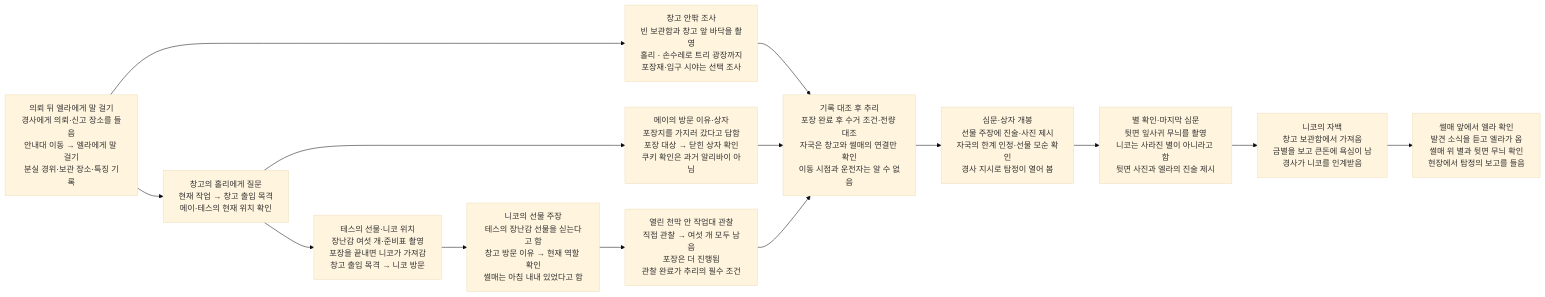
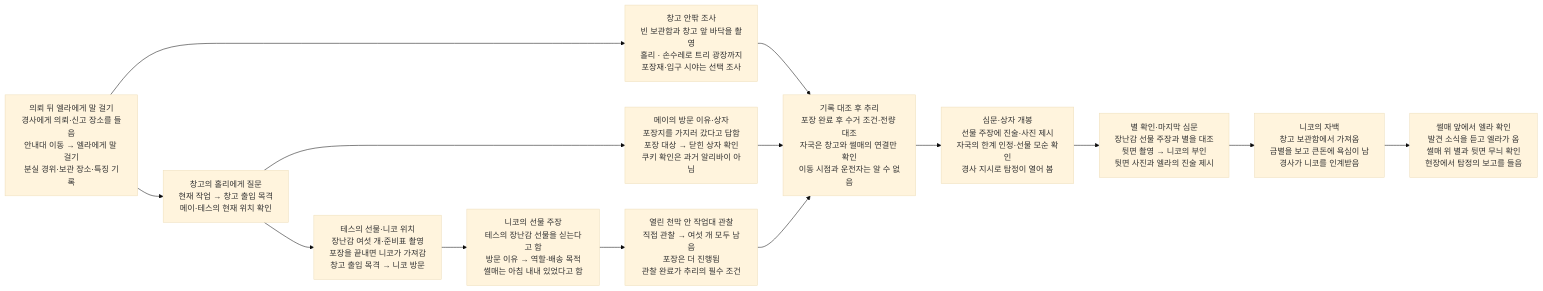
One commit to wonny95/detective-v2 changed the second of 2 diagrams in design/case-10-christmas-star.md. Above: the diagram before and after it, drawn with Mermaid (base theme). The commit also changed other lines of this file and 4 other files, not shown here.

````diff
--- a/design/case-10-christmas-star.md
+++ b/design/case-10-christmas-star.md
@@ -49,28 +49,28 @@
 ```mermaid
 flowchart LR
     s1["의뢰 뒤 엘라에게 말 걸기<br/>경사에게 의뢰·신고 장소를 들음<br/>안내대 이동 → 엘라에게 말 걸기<br/>분실 경위·보관 장소·특징 기록"]
     s2["창고의 홀리에게 질문<br/>현재 작업 → 창고 출입 목격<br/>메이·테스의 현재 위치 확인"]
     s3["창고 안팎 조사<br/>빈 보관함과 창고 앞 바닥을 촬영<br/>홀리 · 손수레로 트리 광장까지<br/>포장재·입구 시야는 선택 조사"]
     s4["메이의 방문 이유·상자<br/>포장지를 가지러 갔다고 답함<br/>포장 대상 → 닫힌 상자 확인<br/>쿠키 확인은 과거 알리바이 아님"]
     s5["테스의 선물·니코 위치<br/>장난감 여섯 개·준비표 촬영<br/>포장을 끝내면 니코가 가져감<br/>창고 출입 목격 → 니코 방문"]
-    s6["니코의 선물 주장<br/>테스의 장난감 선물을 싣는다고 함<br/>창고 방문 이유 → 현재 역할 확인<br/>썰매는 아침 내내 있었다고 함"]
+    s6["니코의 선물 주장<br/>테스의 장난감 선물을 싣는다고 함<br/>방문 이유 → 역할·배송 목적<br/>썰매는 아침 내내 있었다고 함"]
     s7["열린 천막 안 작업대 관찰<br/>직접 관찰 → 여섯 개 모두 남음<br/>포장은 더 진행됨<br/>관찰 완료가 추리의 필수 조건"]
     s8["기록 대조 후 추리<br/>포장 완료 후 수거 조건·전량 대조<br/>자국은 창고와 썰매의 연결만 확인<br/>이동 시점과 운전자는 알 수 없음"]
     s9["심문·상자 개봉<br/>선물 주장에 진술·사진 제시<br/>자국의 한계 인정·선물 모순 확인<br/>경사 지시로 탐정이 열어 봄"]
-    s10["별 확인·마지막 심문<br/>뒷면 잎사귀 무늬를 촬영<br/>니코는 사라진 별이 아니라고 함<br/>뒷면 사진과 엘라의 진술 제시"]
+    s10["별 확인·마지막 심문<br/>장난감 선물 주장과 별을 대조<br/>뒷면 촬영 → 니코의 부인<br/>뒷면 사진과 엘라의 진술 제시"]
     s11["니코의 자백<br/>창고 보관함에서 가져옴<br/>금별을 보고 큰돈에 욕심이 남<br/>경사가 니코를 인계받음"]
     s12["썰매 앞에서 엘라 확인<br/>발견 소식을 듣고 엘라가 옴<br/>썰매 위 별과 뒷면 무늬 확인<br/>현장에서 탐정의 보고를 들음"]
     s1 --> s2
     s1 --> s3
     s2 --> s4
     s2 --> s5
     s3 --> s8
     s4 --> s8
     s5 --> s6
     s6 --> s7
     s7 --> s8
     s8 --> s9
     s9 --> s10
     s10 --> s11
     s11 --> s12
 ```
````
